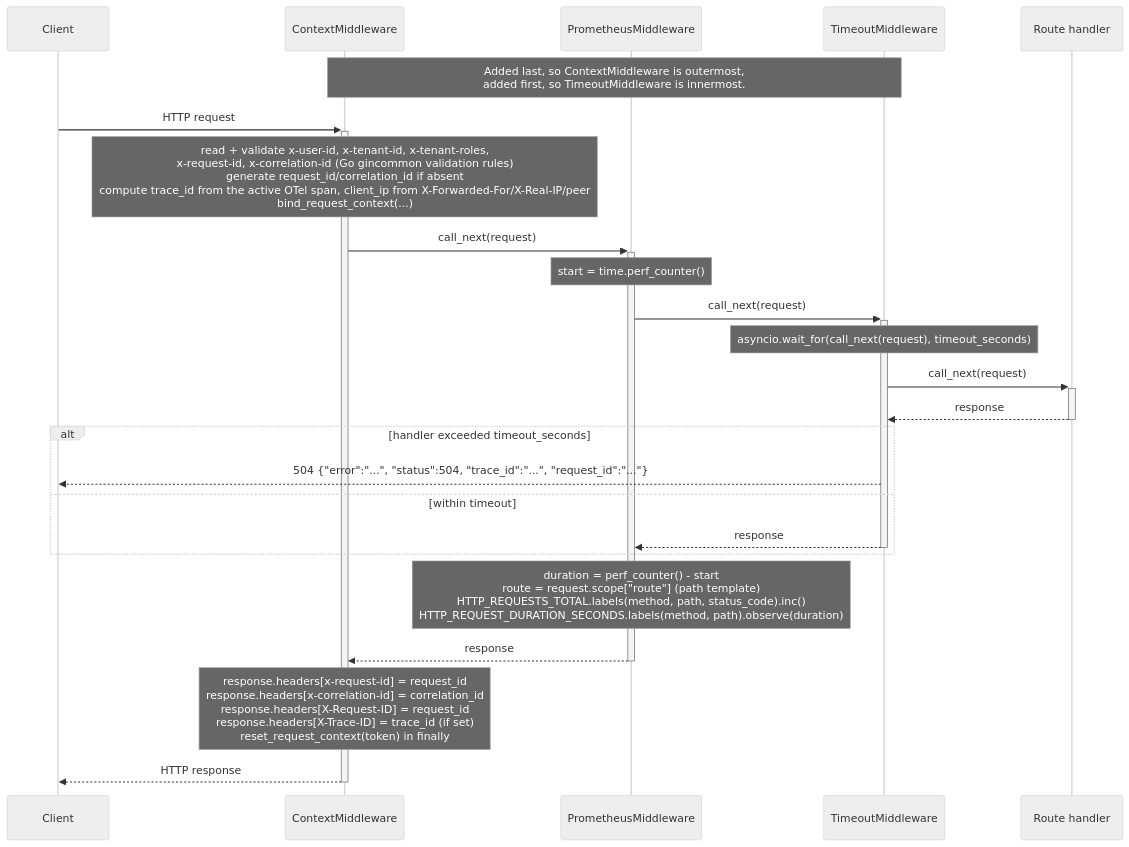
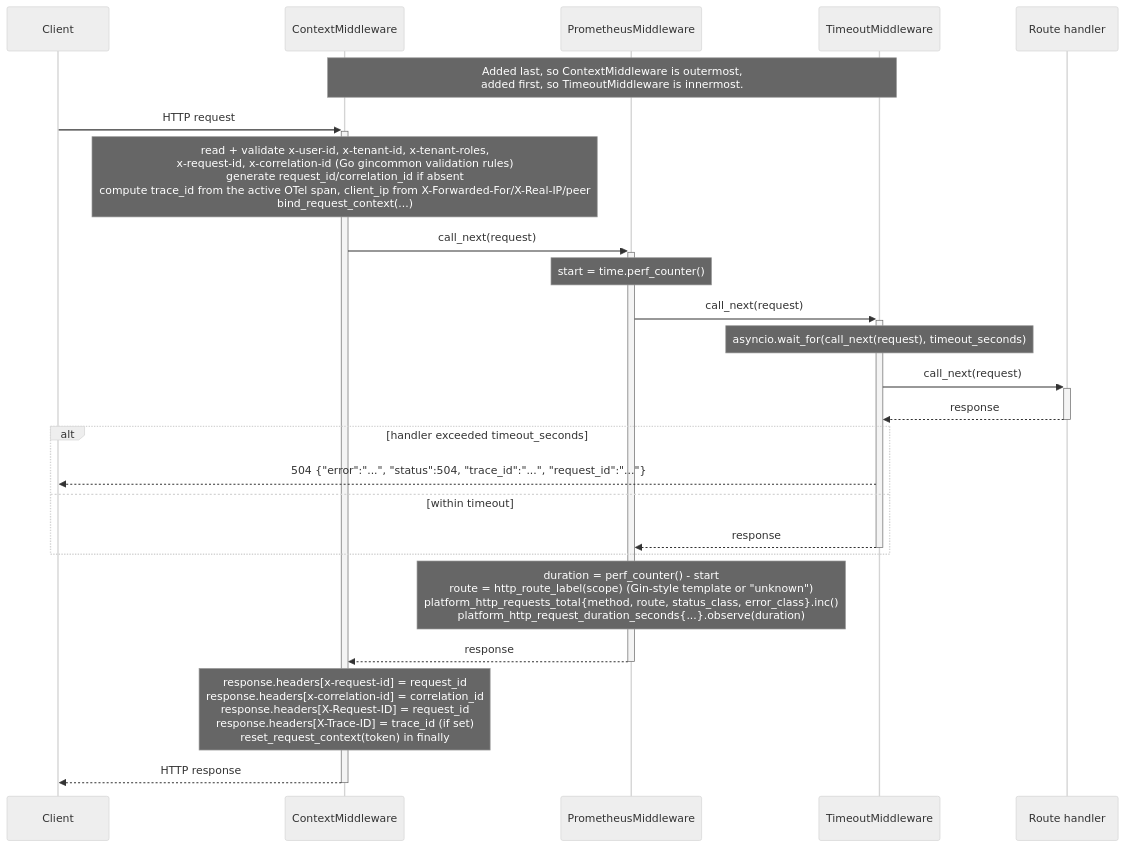
The diagram in docs/architecture/mermaid/request-flow.mmd (BCBP-SOLUTIONS-FZC-LLC/platform-fastapicommon), drawn with Mermaid (neutral theme) before and after one commit. The commit also changed 28 other files, not shown here.

```diff
--- a/docs/architecture/mermaid/request-flow.mmd
+++ b/docs/architecture/mermaid/request-flow.mmd
@@ -1,33 +1,33 @@
 sequenceDiagram
     participant Client
     participant CM as ContextMiddleware
     participant PM as PrometheusMiddleware
     participant TM as TimeoutMiddleware
     participant H as Route handler
 
     Note over CM,TM: Added last, so ContextMiddleware is outermost,<br/>added first, so TimeoutMiddleware is innermost.
 
     Client ->>+ CM: HTTP request
     Note over CM: read + validate x-user-id, x-tenant-id, x-tenant-roles,<br/>x-request-id, x-correlation-id (Go gincommon validation rules)<br/>generate request_id/correlation_id if absent<br/>compute trace_id from the active OTel span, client_ip from X-Forwarded-For/X-Real-IP/peer<br/>bind_request_context(...)
 
     CM ->>+ PM: call_next(request)
     Note over PM: start = time.perf_counter()
 
     PM ->>+ TM: call_next(request)
     Note over TM: asyncio.wait_for(call_next(request), timeout_seconds)
 
     TM ->>+ H: call_next(request)
     H -->>- TM: response
 
     alt handler exceeded timeout_seconds
         TM -->> Client: 504 {"error":"...", "status":504, "trace_id":"...", "request_id":"..."}
     else within timeout
         TM -->>- PM: response
     end
 
-    Note over PM: duration = perf_counter() - start<br/>route = request.scope["route"] (path template)<br/>HTTP_REQUESTS_TOTAL.labels(method, path, status_code).inc()<br/>HTTP_REQUEST_DURATION_SECONDS.labels(method, path).observe(duration)
+    Note over PM: duration = perf_counter() - start<br/>route = http_route_label(scope) (Gin-style template or "unknown")<br/>platform_http_requests_total{method, route, status_class, error_class}.inc()<br/>platform_http_request_duration_seconds{...}.observe(duration)
 
     PM -->>- CM: response
     Note over CM: response.headers[x-request-id] = request_id<br/>response.headers[x-correlation-id] = correlation_id<br/>response.headers[X-Request-ID] = request_id<br/>response.headers[X-Trace-ID] = trace_id (if set)<br/>reset_request_context(token) in finally
 
     CM -->>- Client: HTTP response
```
